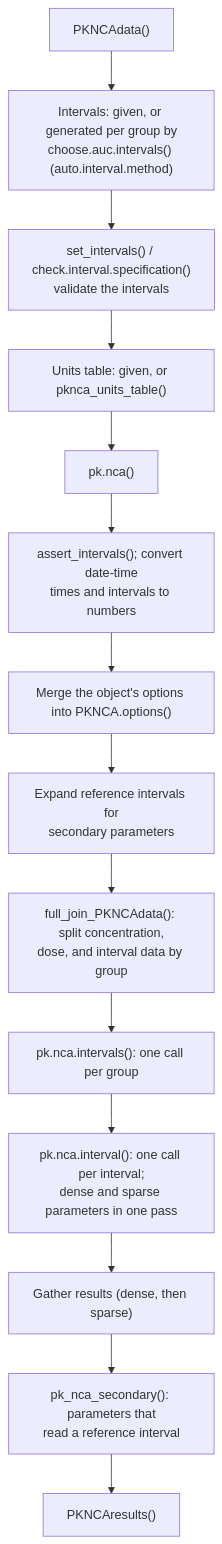
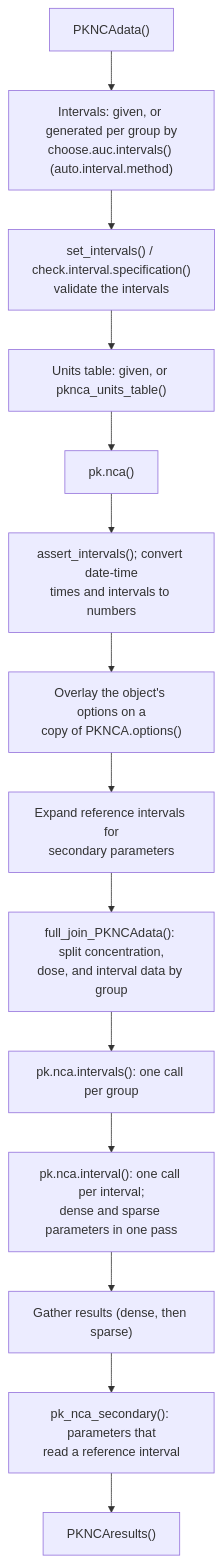
The second of 2 diagrams in dev/architecture.qmd (humanpred/pknca-book), drawn with Mermaid before and after one commit. The commit also changed other lines of this file and 16 other files, not shown here.

````diff
--- a/dev/architecture.qmd
+++ b/dev/architecture.qmd
@@ -59,16 +59,16 @@
 ```{mermaid}
 flowchart TD
     A["PKNCAdata()"] --> A1["Intervals: given, or generated per group by<br/>choose.auc.intervals() (auto.interval.method)"]
     A1 --> A2["set_intervals() / check.interval.specification()<br/>validate the intervals"]
     A2 --> A3["Units table: given, or pknca_units_table()"]
     A3 --> B["pk.nca()"]
     B --> B1["assert_intervals(); convert date-time<br/>times and intervals to numbers"]
-    B1 --> B2["Merge the object's options into PKNCA.options()"]
+    B1 --> B2["Overlay the object's options on a<br/>copy of PKNCA.options()"]
     B2 --> B3["Expand reference intervals for<br/>secondary parameters"]
     B3 --> B4["full_join_PKNCAdata(): split concentration,<br/>dose, and interval data by group"]
     B4 --> C["pk.nca.intervals(): one call per group"]
     C --> D["pk.nca.interval(): one call per interval;<br/>dense and sparse parameters in one pass"]
     D --> E["Gather results (dense, then sparse)"]
     E --> F["pk_nca_secondary(): parameters that<br/>read a reference interval"]
     F --> G["PKNCAresults()"]
 ```
````
